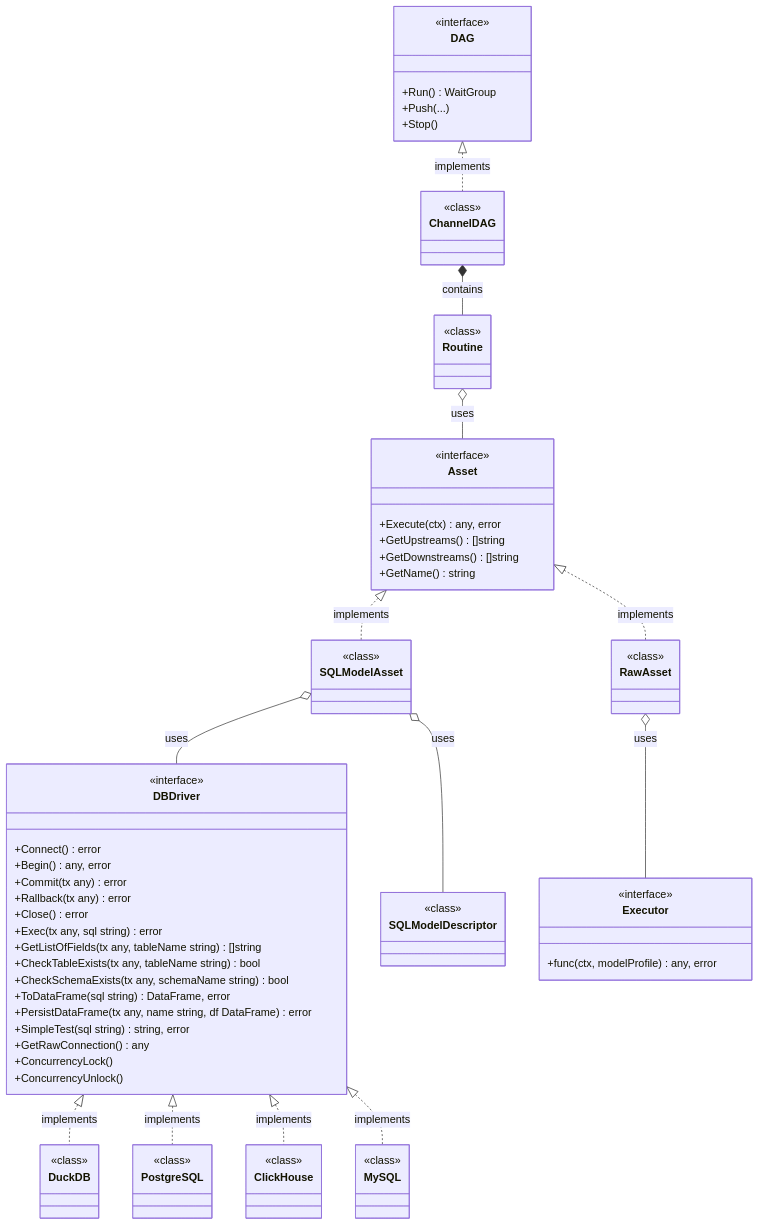
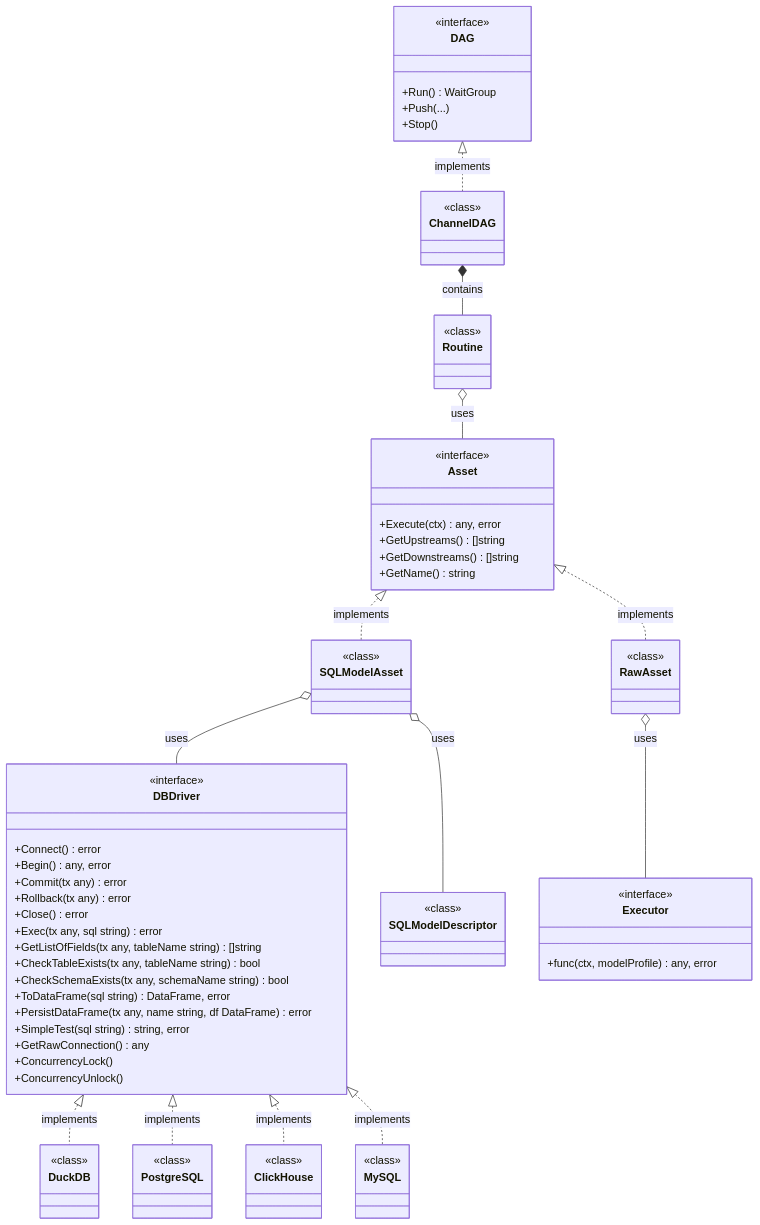
Before and after one commit to go-teal/teal: the first of 2 diagrams in README.md, drawn with Mermaid. The commit also changed 5 other files, not shown here.

First line of the commit message:
fix(drivers): correct Rallback typo to Rollback in DBEngine

```diff
--- a/README.md
+++ b/README.md
@@ -1149,7 +1149,7 @@
         +Connect() error
         +Begin() any, error
         +Commit(tx any) error
-        +Rallback(tx any) error
+        +Rollback(tx any) error
         +Close() error
         +Exec(tx any, sql string) error
         +GetListOfFields(tx any, tableName string) []string
```
